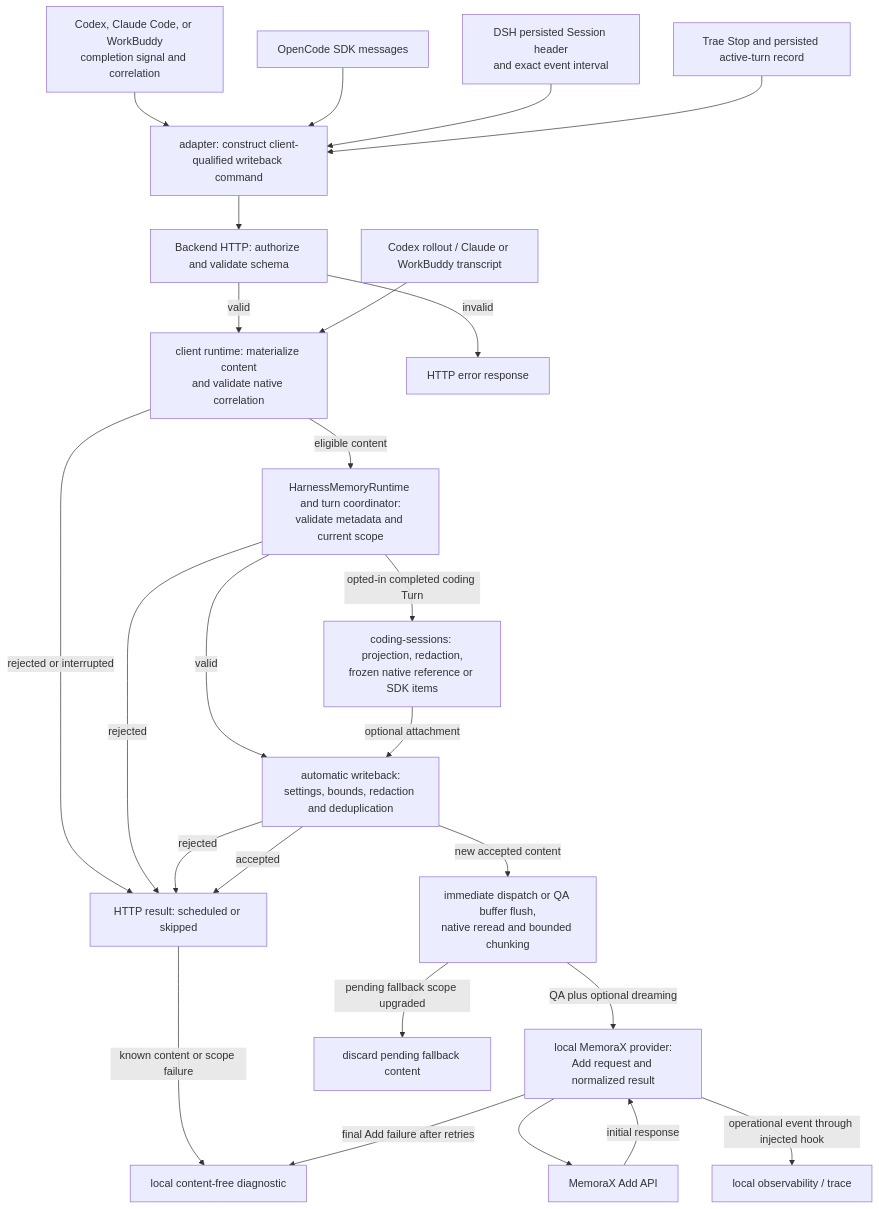
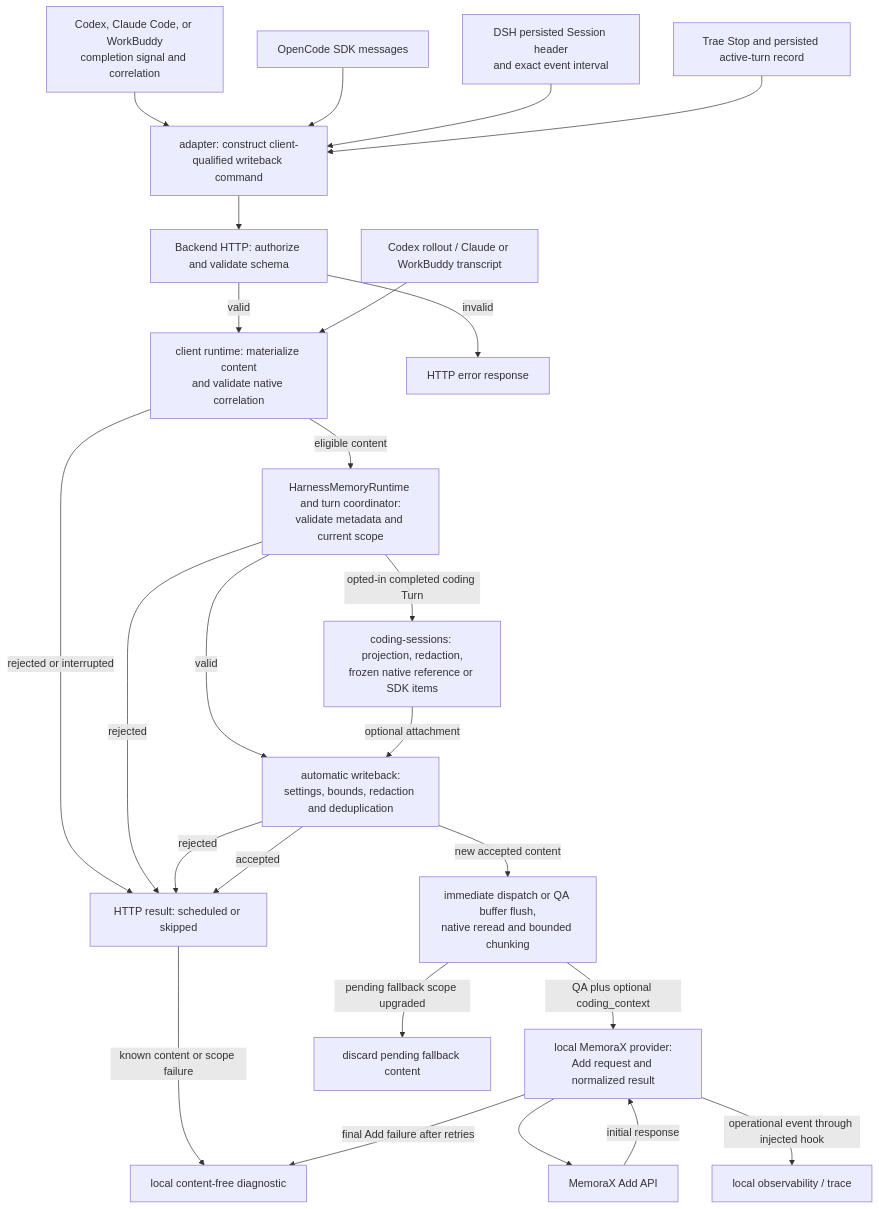
One commit to memorax-ai/memorax-code changed the fifth of 7 diagrams in ARCHITECTURE.md. Above: the diagram before and after it, drawn with Mermaid. The commit also changed other lines of this file and 13 other files, not shown here.

Commit message:
refactor:(memory) rename archive attachment to coding_context

````diff
--- a/ARCHITECTURE.md
+++ b/ARCHITECTURE.md
@@ -642,31 +642,31 @@
 ```mermaid
 flowchart TD
   Completion["Codex, Claude Code, or WorkBuddy<br/>completion signal and correlation"] --> Hook
   SDK["OpenCode SDK messages"] --> Hook
   DSH["DSH persisted Session header<br/>and exact event interval"] --> Hook
   Trae["Trae Stop and persisted active-turn record"] --> Hook
   Hook["adapter: construct client-qualified writeback command"] --> HTTP
 
   HTTP["Backend HTTP: authorize and validate schema"] -->|"valid"| Native
   HTTP -->|"invalid"| Error["HTTP error response"]
   Files["Codex rollout / Claude or WorkBuddy transcript"] --> Native
   Native["client runtime: materialize content<br/>and validate native correlation"] -->|"eligible content"| Shared
   Native -->|"rejected or interrupted"| Result
 
   Shared["HarnessMemoryRuntime and turn coordinator:<br/>validate metadata and current scope"] -->|"valid"| Runtime
   Shared -->|"rejected"| Result
   Shared -->|"opted-in completed coding Turn"| Archive
   Archive["coding-sessions: projection, redaction,<br/>frozen native reference or SDK items"] -->|"optional attachment"| Runtime
   Runtime["automatic writeback:<br/>settings, bounds, redaction and deduplication"] -->|"rejected"| Result
   Runtime -->|"accepted"| Result
   Result["HTTP result: scheduled or skipped"]
 
   Runtime -->|"new accepted content"| Pending
-  Pending["immediate dispatch or QA buffer flush,<br/>native reread and bounded chunking"] -->|"QA plus optional dreaming"| Provider
+  Pending["immediate dispatch or QA buffer flush,<br/>native reread and bounded chunking"] -->|"QA plus optional coding_context"| Provider
   Pending -->|"pending fallback scope upgraded"| Discard["discard pending fallback content"]
   Provider["local MemoraX provider:<br/>Add request and normalized result"] --> Remote
   Remote["MemoraX Add API"] -->|"initial response"| Provider
   Provider -->|"operational event through injected hook"| Trace["local observability / trace"]
   Result -->|"known content or scope failure"| Diagnostic["local content-free diagnostic"]
   Provider -->|"final Add failure after retries"| Diagnostic
 ```
````
